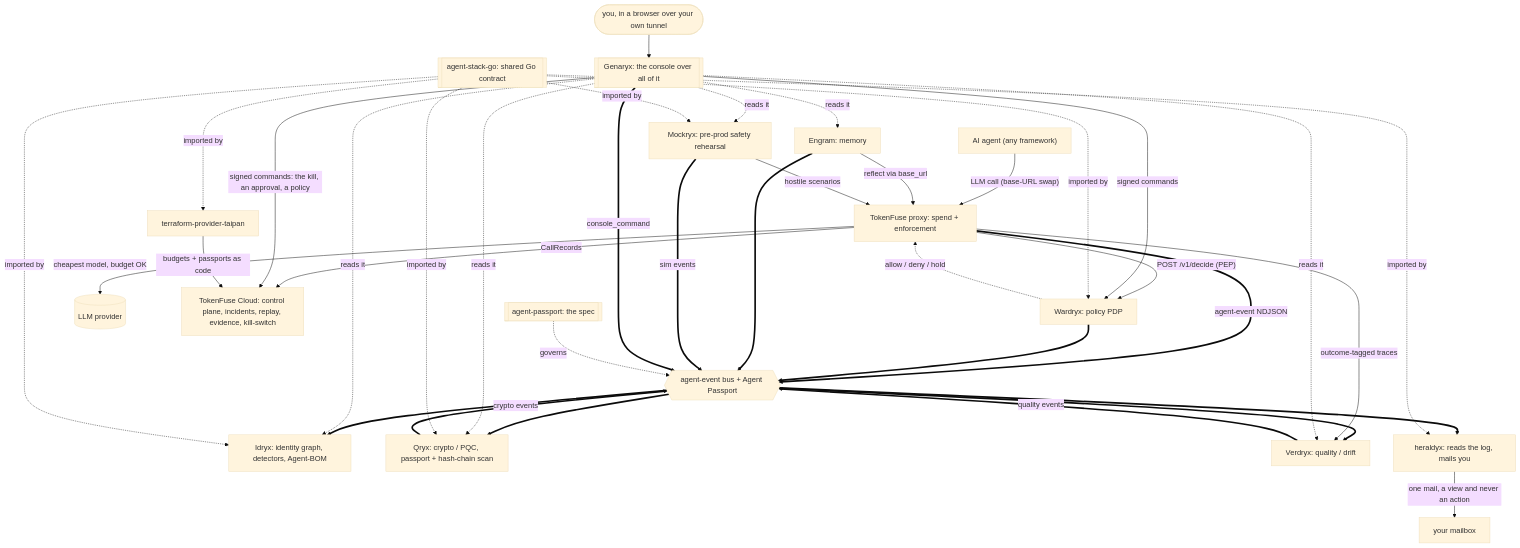
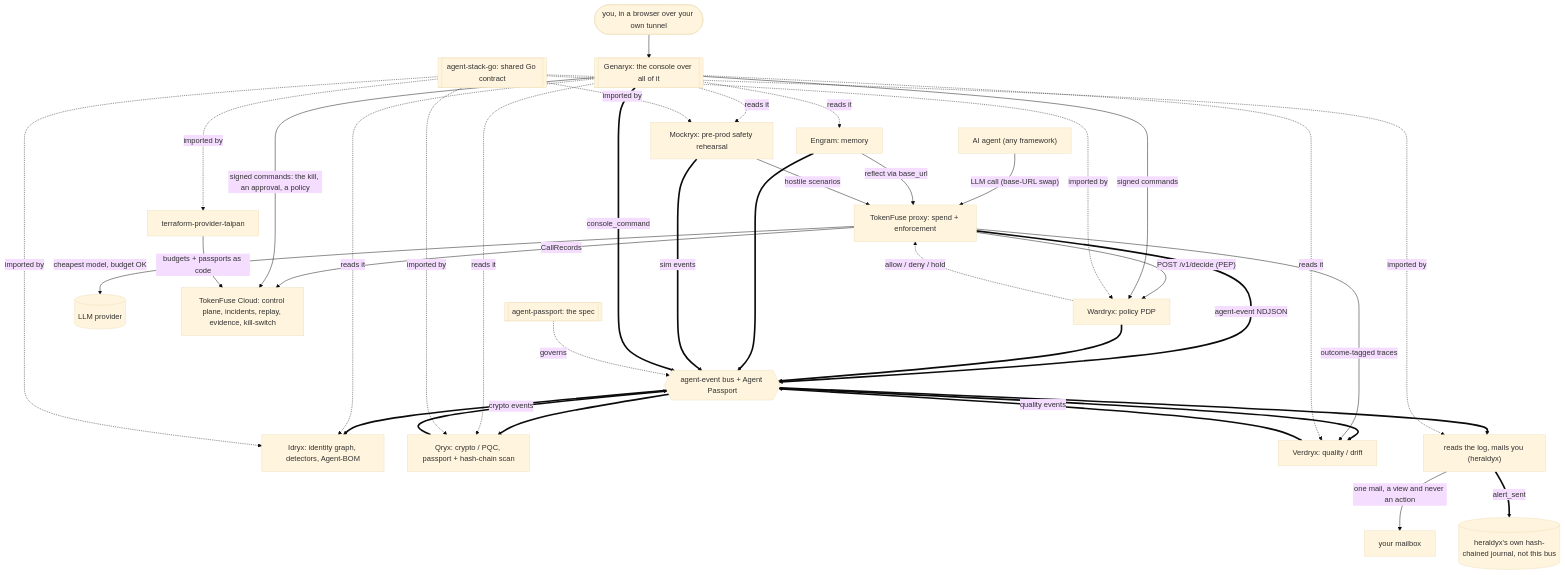
The diagram in README.md (TAIPANBOX/agent-passport), drawn with Mermaid (base theme) before and after one commit. The commit also changed other lines of this file and 1 other file, not shown here.

````diff
--- a/README.md
+++ b/README.md
@@ -62,39 +62,40 @@
 ```mermaid
 flowchart TB
   Agent["AI agent (any framework)"] -->|"LLM call (base-URL swap)"| TF["TokenFuse proxy: spend + enforcement"]
   TF -->|"POST /v1/decide (PEP)"| WX["Wardryx: policy PDP"]
   WX -.->|"allow / deny / hold"| TF
   TF -->|"cheapest model, budget OK"| LLM[("LLM provider")]
   TF -->|"CallRecords"| CL["TokenFuse Cloud: control plane, incidents, replay, evidence, kill-switch"]
   TF ==>|"agent-event NDJSON"| BUS{{"agent-event bus + Agent Passport"}}
   WX ==> BUS
   ENG["Engram: memory"] -->|"reflect via base_url"| TF
   ENG ==> BUS
   BUS ==> IDX["Idryx: identity graph, detectors, Agent-BOM"]
   BUS ==> QX["Qryx: crypto / PQC, passport + hash-chain scan"]
   QX ==>|"crypto events"| BUS
   BUS ==> VX["Verdryx: quality / drift"]
   VX ==>|"quality events"| BUS
   TF -->|"outcome-tagged traces"| VX
   MX["Mockryx: pre-prod safety rehearsal"] -->|"hostile scenarios"| TF
   MX ==>|"sim events"| BUS
-  BUS ==> HX["heraldyx: reads the log, mails you"]
+  BUS ==> HX["reads the log, mails you (heraldyx)"]
   HX -->|"one mail, a view and never an action"| OPS["your mailbox"]
+  HX ==>|"alert_sent"| HJ[("heraldyx's own hash-chained journal, not this bus")]
   YOU(["you, in a browser over your own tunnel"]) --> GX[["Genaryx: the console over all of it"]]
   GX -->|"signed commands: the kill, an approval, a policy"| CL
   GX -->|"signed commands"| WX
   GX ==>|"console_command"| BUS
   GX -.->|"reads it"| IDX
   GX -.->|"reads it"| QX
   GX -.->|"reads it"| VX
   GX -.->|"reads it"| MX
   GX -.->|"reads it"| ENG
   TFP["terraform-provider-taipan"] -->|"budgets + passports as code"| CL
   ASG[["agent-stack-go: shared Go contract"]] -.->|imported by| IDX
   ASG -.->|imported by| WX
   ASG -.->|imported by| MX
   ASG -.->|imported by| TFP
   ASG -.->|imported by| HX
   ASG -.->|imported by| QX
   SPEC[["agent-passport: the spec"]] -.->|governs| BUS
 ```
````
